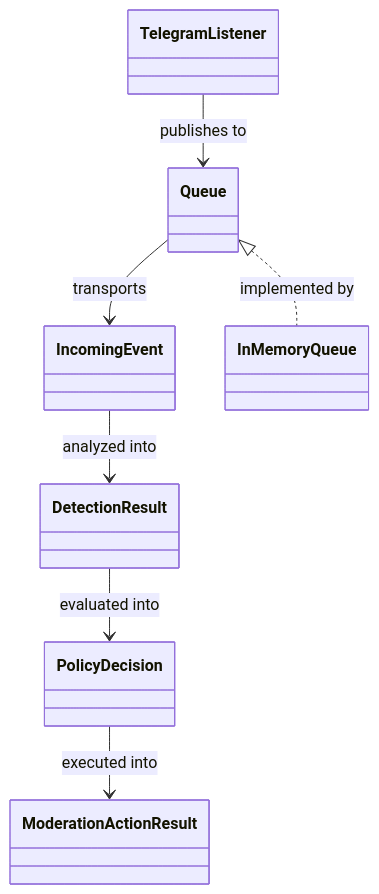
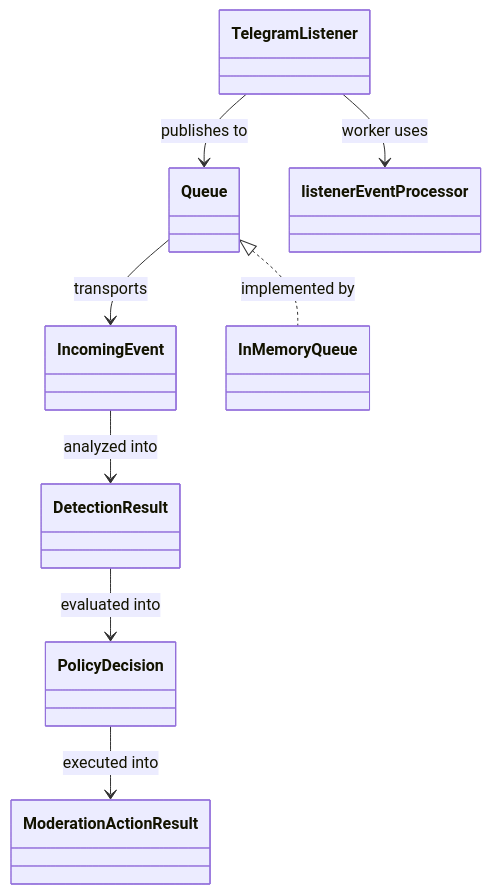
One commit to redstone-md/shield changed the third of 3 diagrams in docs/Architecture.md. Above: the diagram before and after it, drawn with Mermaid. The commit also changed other lines of this file and 7 other files, not shown here.

````diff
--- a/docs/Architecture.md
+++ b/docs/Architecture.md
@@ -70,17 +73,19 @@
 ```mermaid
 classDiagram
   class TelegramListener
   class IncomingEvent
   class DetectionResult
   class PolicyDecision
   class ModerationActionResult
   class Queue
   class InMemoryQueue
+  class listenerEventProcessor
 
   TelegramListener --> Queue : publishes to
   Queue <|.. InMemoryQueue : implemented by
+  TelegramListener --> listenerEventProcessor : worker uses
   Queue --> IncomingEvent : transports
   IncomingEvent --> DetectionResult : analyzed into
   DetectionResult --> PolicyDecision : evaluated into
   PolicyDecision --> ModerationActionResult : executed into
 ```
````
